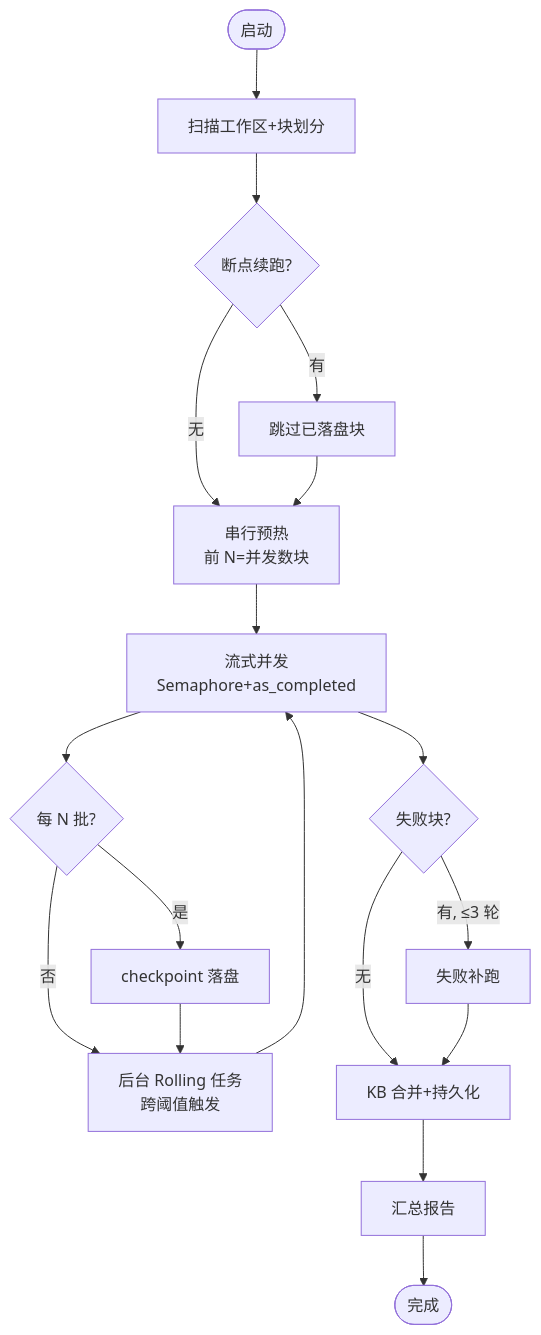
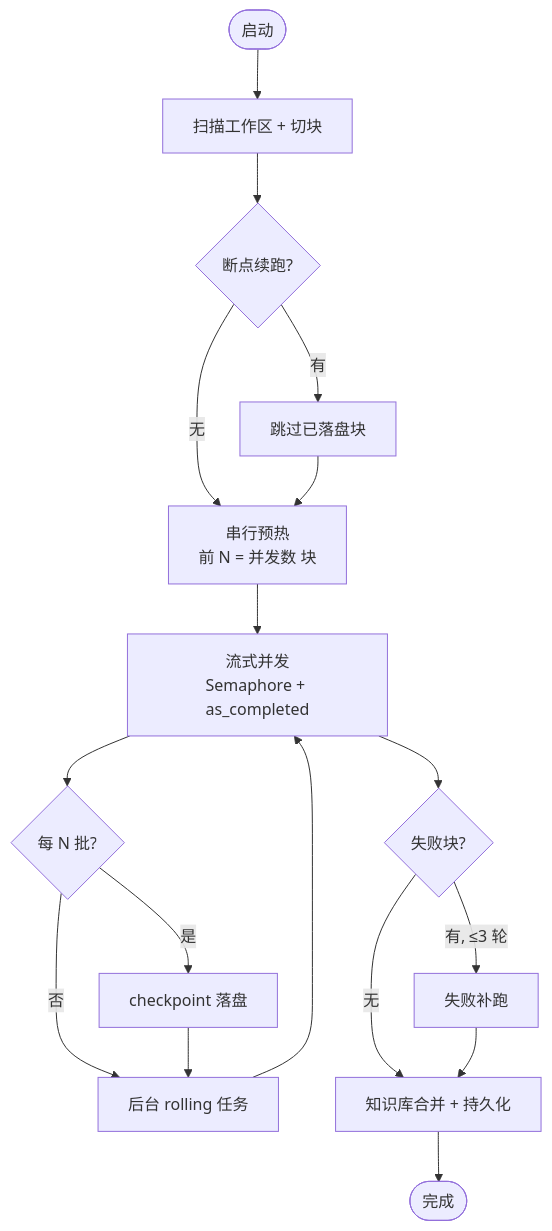
One commit to mojingjing-git/Novel-analyzer-harness changed the second of 3 diagrams in docs/architecture.md. Above: the diagram before and after it, drawn with Mermaid. The commit also changed other lines of this file and 271 other files, not shown here.

````diff
--- a/docs/architecture.md
+++ b/docs/architecture.md
@@ -68,20 +70,19 @@
 ```mermaid
 flowchart TD
-  Start(["启动"]) --> Scan["扫描工作区+块划分"]
+  Start(["启动"]) --> Scan["扫描工作区 + 切块"]
   Scan --> Resume{"断点续跑?"}
   Resume -->|有| Skip["跳过已落盘块"]
   Resume -->|无| Warmup
-  Skip --> Warmup["串行预热<br>前 N=并发数块"]
-  Warmup --> Concurrent["流式并发<br>Semaphore+as_completed"]
+  Skip --> Warmup["串行预热<br>前 N = 并发数 块"]
+  Warmup --> Concurrent["流式并发<br>Semaphore + as_completed"]
   Concurrent --> Checkpoint{"每 N 批?"}
   Checkpoint -->|是| Save["checkpoint 落盘"]
   Checkpoint -->|否| Rolling
-  Save --> Rolling["后台 Rolling 任务<br>跨阈值触发"]
+  Save --> Rolling["后台 rolling 任务"]
   Rolling --> Concurrent
   Concurrent --> Retry{"失败块?"}
   Retry -->|有, ≤3 轮| RetryRun["失败补跑"]
   Retry -->|无| Merge
-  RetryRun --> Merge["KB 合并+持久化"]
-  Merge --> Report["汇总报告"]
-  Report --> End(["完成"])
+  RetryRun --> Merge["知识库合并 + 持久化"]
+  Merge --> End(["完成"])
 ```
````
